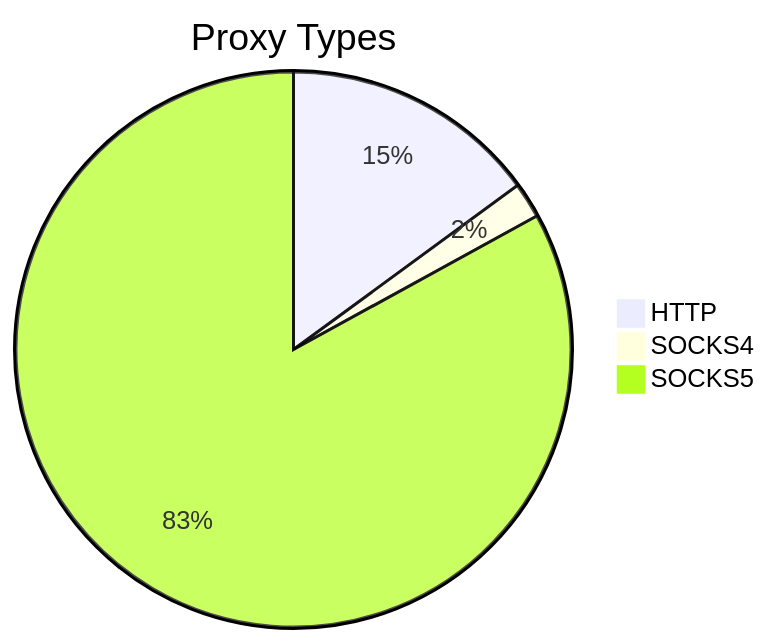
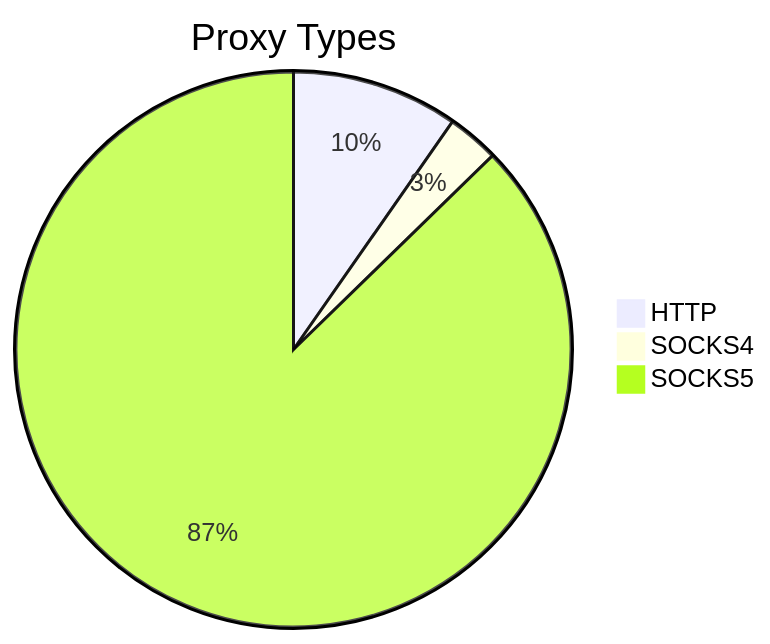
The first of 2 diagrams in README.md (stormsia/proxy-list), drawn with Mermaid before and after one commit. The commit also changed other lines of this file, not shown here.

````diff
--- a/README.md
+++ b/README.md
@@ -21,6 +21,6 @@
 ```mermaid
 pie title Proxy Types
-    "HTTP" : 36
-    "SOCKS4" : 5
-    "SOCKS5" : 200
+    "HTTP" : 29
+    "SOCKS4" : 9
+    "SOCKS5" : 261
 ```
````
